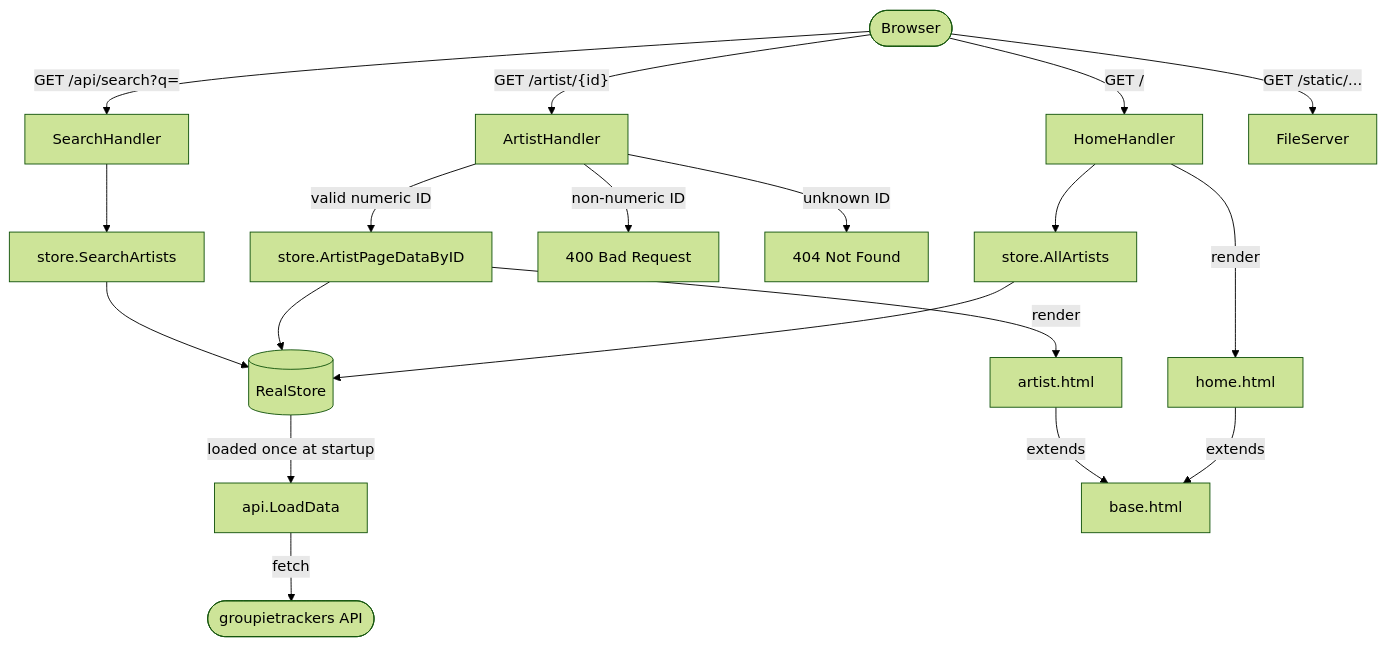
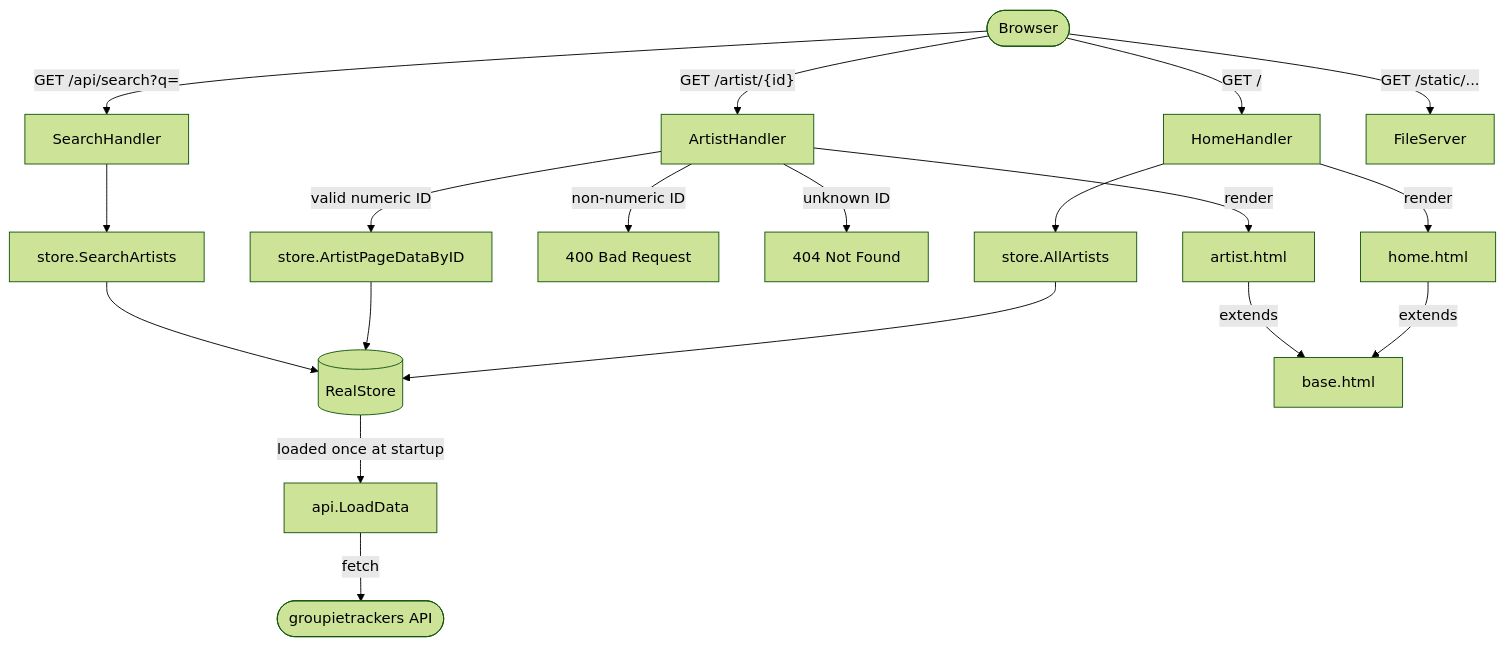
The first of 2 diagrams in DIAGRAMS.md (teovaira/groupie-tracker), drawn with Mermaid (forest theme) before and after one commit.

Commit message:
docs(diagrams): add 400/404 paths from ArtistHandler, fix render arrow bug

````diff
--- a/DIAGRAMS.md
+++ b/DIAGRAMS.md
@@ -5,26 +5,26 @@
 ```mermaid
 flowchart TD
     A([Browser]) -->|GET /| B[HomeHandler]
     A -->|"GET /artist/{id}"| C[ArtistHandler]
     A -->|"GET /api/search?q="| D[SearchHandler]
     A -->|"GET /static/..."| E[FileServer]
 
     B --> F[store.AllArtists]
     C -->|valid numeric ID| G[store.ArtistPageDataByID]
     C -->|non-numeric ID| P[400 Bad Request]
     C -->|unknown ID| Q[404 Not Found]
     D --> H[store.SearchArtists]
 
     F --> I[(RealStore)]
     G --> I
     H --> I
 
     I -->|loaded once at startup| J[api.LoadData]
     J -->|fetch| K([groupietrackers API])
 
     B -->|render| L[home.html]
-    G -->|render| M[artist.html]
+    C -->|render| M[artist.html]
 
     L -->|extends| N[base.html]
     M -->|extends| N
 ```
````
